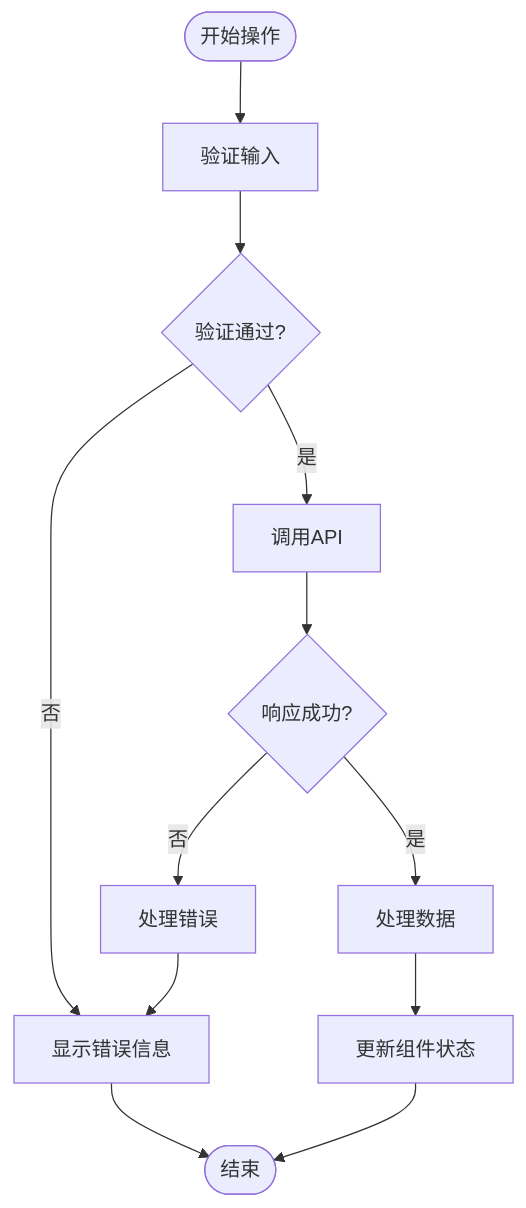
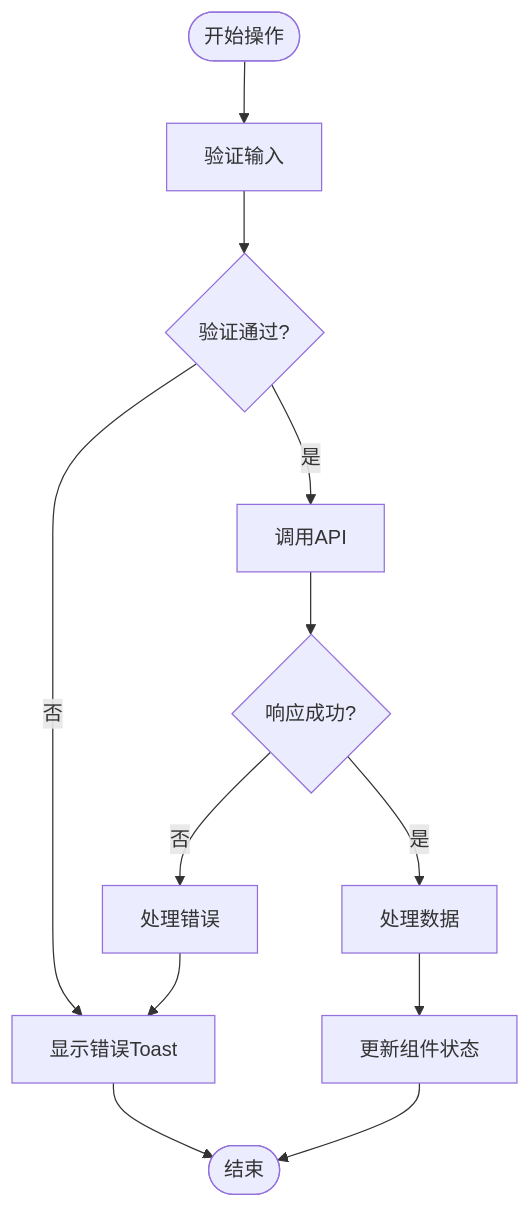
One commit to leimu-hue/AI-Trend-Tool changed the fourth of 13 diagrams in .qoder/repowiki/zh/content/开发指南/前端管理页面规范.md. Above: the diagram before and after it, drawn with Mermaid. The commit also changed other lines of this file and 5 other files, not shown here.

````diff
--- a/.qoder/repowiki/zh/content/开发指南/前端管理页面规范.md
+++ b/.qoder/repowiki/zh/content/开发指南/前端管理页面规范.md
@@ -204,14 +232,14 @@
 ```mermaid
 flowchart TD
 Start([开始操作]) --> Validate["验证输入"]
 Validate --> Valid{"验证通过?"}
-Valid --> |否| ShowError["显示错误信息"]
+Valid --> |否| ShowToastError["显示错误Toast"]
 Valid --> |是| CallAPI["调用API"]
 CallAPI --> Response{"响应成功?"}
 Response --> |否| HandleError["处理错误"]
 Response --> |是| ProcessData["处理数据"]
-HandleError --> ShowError
+HandleError --> ShowToastError
 ProcessData --> UpdateState["更新组件状态"]
-ShowError --> End([结束])
+ShowToastError --> End([结束])
 UpdateState --> End
 ```
````
